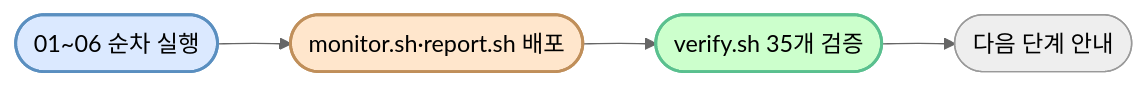
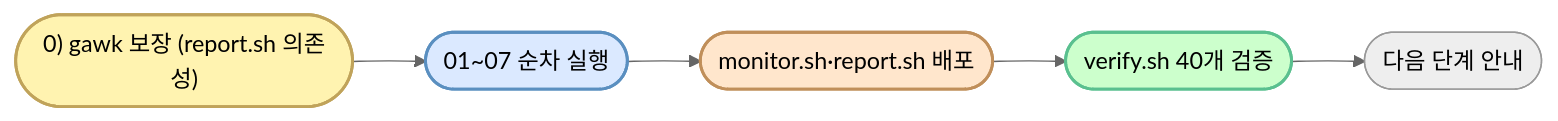
Before and after one commit to codewhite7777/codyssey_b1_1: the diagram in docs/scripts-walkthrough/setup-all.md, drawn with Mermaid (neutral theme). The commit also changed other lines of this file and 2 other files, not shown here.

First line of the commit message:
docs(walkthrough): 세 워크쓰루 코드 동기화 — gawk·07-sudoers·self-elevation

````diff
--- a/docs/scripts-walkthrough/setup-all.md
+++ b/docs/scripts-walkthrough/setup-all.md
@@ -9,10 +9,12 @@
 ```mermaid
 flowchart LR
-    A(["01~06 순차 실행"]) --> B(["monitor.sh·report.sh 배포"])
-    B --> C(["verify.sh 35개 검증"])
+    Z(["0) gawk 보장 (report.sh 의존성)"]) --> A(["01~07 순차 실행"])
+    A --> B(["monitor.sh·report.sh 배포"])
+    B --> C(["verify.sh 40개 검증"])
     C --> D(["다음 단계 안내"])
 
+    style Z fill:#fff3b0,stroke:#c0a35a,stroke-width:2px
     style A fill:#dbe9ff,stroke:#5a8fc0,stroke-width:2px
     style B fill:#ffe6cc,stroke:#c08f5a,stroke-width:2px
     style C fill:#ccffcc,stroke:#5ac08f,stroke-width:2px
 ```
````
